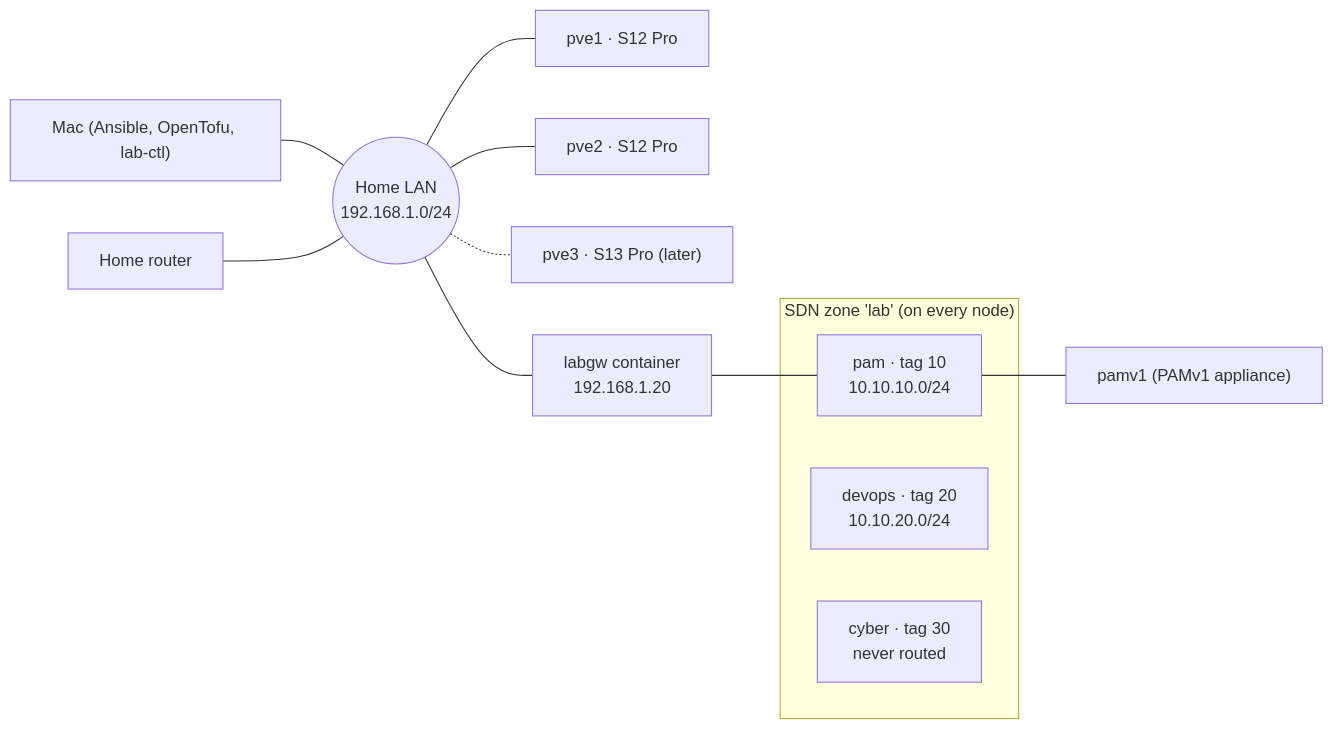
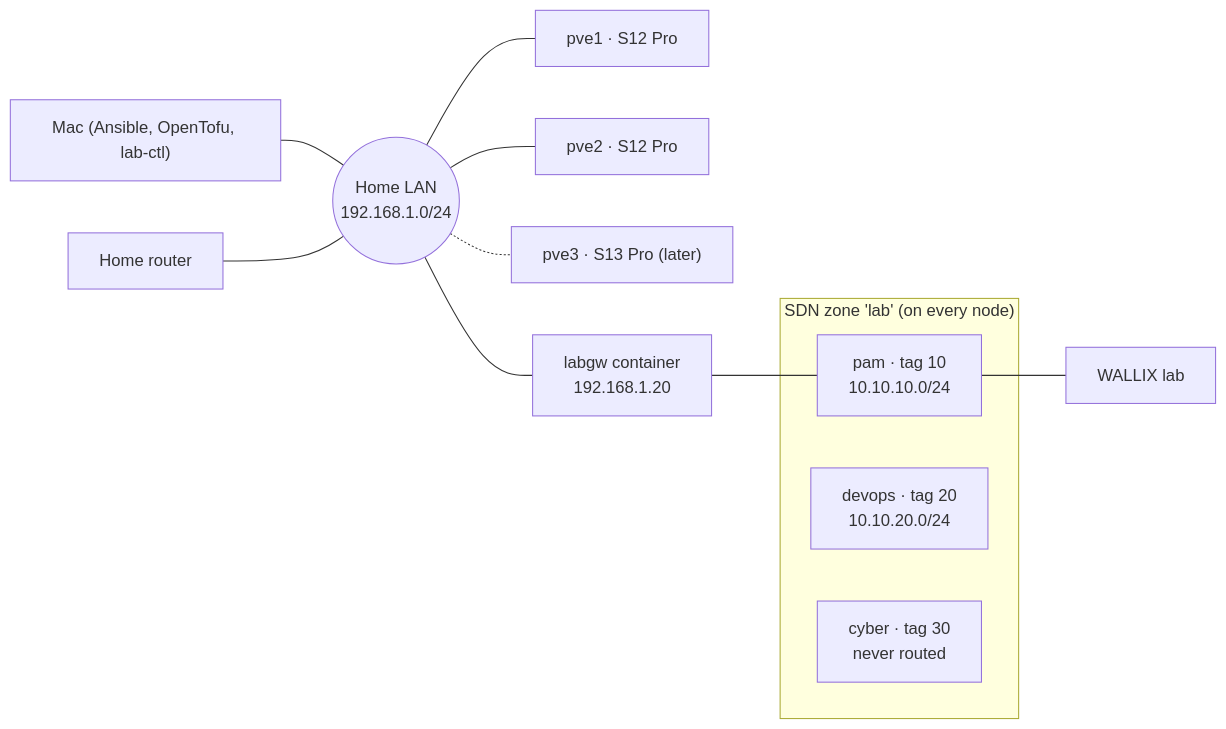
The diagram in docs/02-network.md (morandeirachema/Lab), drawn with Mermaid before and after one commit. The commit also changed other lines of this file and 10 other files, not shown here.

First line of the commit message:
A fully WALLIX lab: PAMv1 removed from the repo

````diff
--- a/docs/02-network.md
+++ b/docs/02-network.md
@@ -6,16 +6,16 @@
 ```mermaid
 flowchart LR
   mac["Mac (Ansible, OpenTofu, lab-ctl)"] --- lan
   router["Home router"] --- lan(("Home LAN<br/>192.168.1.0/24"))
   lan --- pve1["pve1 · S12 Pro"]
   lan --- pve2["pve2 · S12 Pro"]
   lan -.- pve3["pve3 · S13 Pro (later)"]
   lan --- labgw["labgw container<br/>192.168.1.20"]
   subgraph zone["SDN zone 'lab' (on every node)"]
     pam["pam · tag 10<br/>10.10.10.0/24"]
     devops["devops · tag 20<br/>10.10.20.0/24"]
     cyber["cyber · tag 30<br/>never routed"]
   end
   labgw --- pam
-  pam --- pamv1["pamv1 (PAMv1 appliance)"]
+  pam --- wallix["WALLIX lab"]
 ```
````
